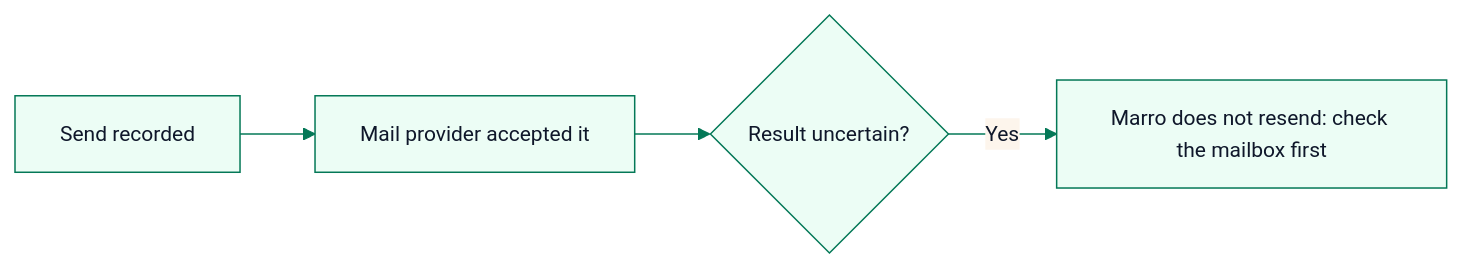
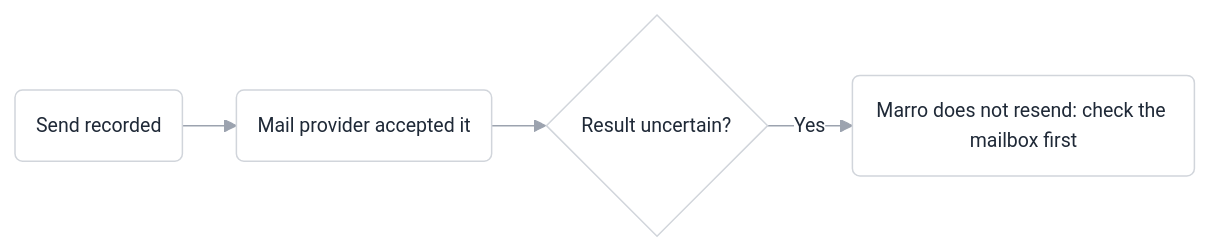
Before and after one commit to BharathVasireddy/marro-docs: the second of 2 diagrams in guides/email-sequences.mdx, drawn with Mermaid. The commit also changed other lines of this file and 95 other files, not shown here.

First line of the commit message:
One guide per settings screen, in the Settings menu's order, with diagrams only where they are needed

````diff
--- a/guides/email-sequences.mdx
+++ b/guides/email-sequences.mdx
@@ -61,7 +61,7 @@
 ```mermaid
-%%{init: {'theme':'base','themeVariables':{'primaryColor':'#ecfdf5','primaryBorderColor':'#047857','primaryTextColor':'#0f172a','lineColor':'#047857','fontSize':'14px'}}}%%
+%%{init: {'theme':'base','flowchart':{'curve':'basis','padding':14,'nodeSpacing':28,'rankSpacing':36},'themeVariables':{'primaryColor':'#ffffff','primaryBorderColor':'#d1d5db','primaryTextColor':'#1f2937','lineColor':'#9ca3af','fontFamily':'Inter, ui-sans-serif, sans-serif','fontSize':'13px','edgeLabelBackground':'#ffffff'}}}%%
 flowchart LR
-  A[Send recorded] --> B[Mail provider accepted it]
+  A(Send recorded) --> B(Mail provider accepted it)
   B --> C{Result uncertain?}
-  C -->|Yes| D["Marro does not resend: check the mailbox first"]
+  C -->|Yes| D("Marro does not resend: check the mailbox first")
 ```
````
